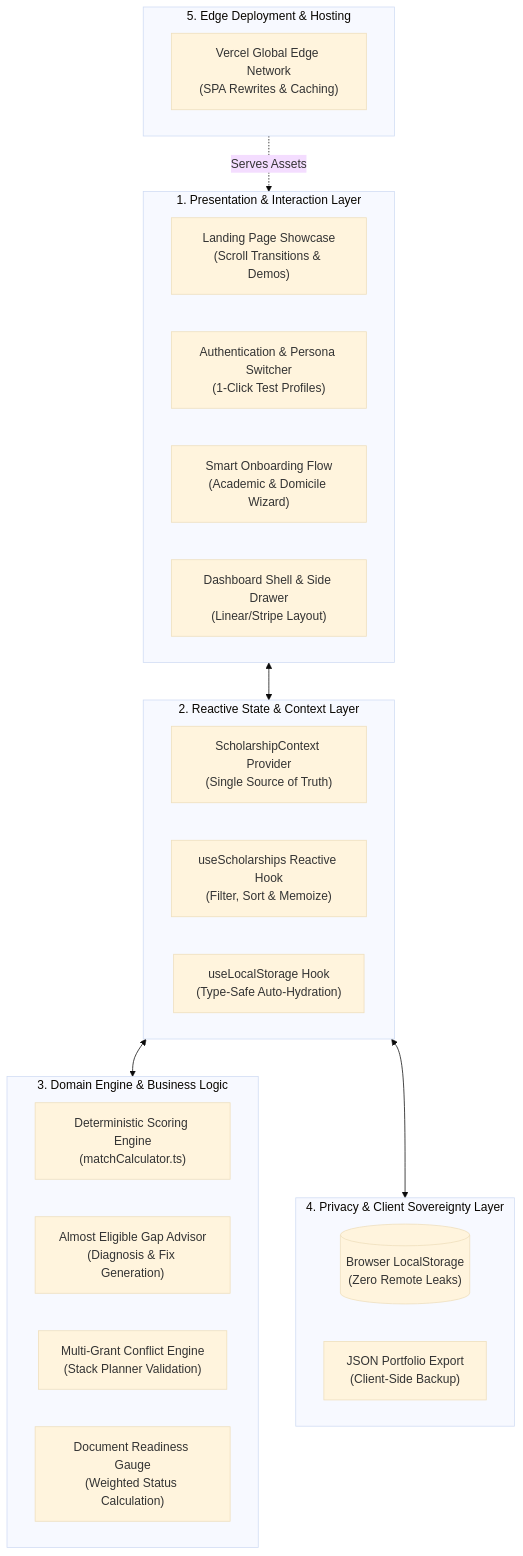
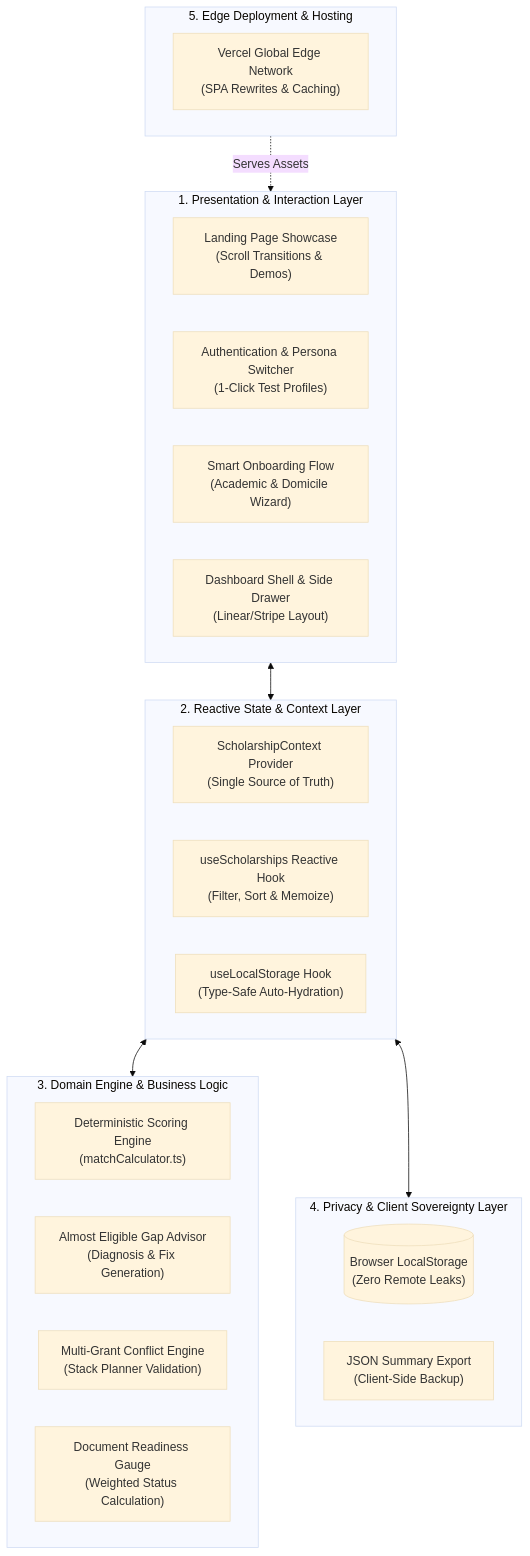
Before and after one commit to AyushB27/Grantly: the first of 6 diagrams in docs/ARCHITECTURE.md, drawn with Mermaid (base theme). The commit also changed other lines of this file and 6 other files, not shown here.

Commit message:
docs: synchronize architecture, accessibility audit, data model, and user flows with production codebase

````diff
--- a/docs/ARCHITECTURE.md
+++ b/docs/ARCHITECTURE.md
@@ -13,36 +13,36 @@
 ```mermaid
 flowchart TD
     subgraph Presentation_Layer["1. Presentation & Interaction Layer"]
         Landing["Landing Page Showcase<br/>(Scroll Transitions & Demos)"]
         Auth["Authentication & Persona Switcher<br/>(1-Click Test Profiles)"]
         Onboarding["Smart Onboarding Flow<br/>(Academic & Domicile Wizard)"]
         Dashboard["Dashboard Shell & Side Drawer<br/>(Linear/Stripe Layout)"]
     end
 
     subgraph State_Layer["2. Reactive State & Context Layer"]
         Context["ScholarshipContext Provider<br/>(Single Source of Truth)"]
         Hook["useScholarships Reactive Hook<br/>(Filter, Sort & Memoize)"]
         StorageHook["useLocalStorage Hook<br/>(Type-Safe Auto-Hydration)"]
     end
 
     subgraph Logic_Layer["3. Domain Engine & Business Logic"]
         MatchEngine["Deterministic Scoring Engine<br/>(matchCalculator.ts)"]
         GapAdvisor["Almost Eligible Gap Advisor<br/>(Diagnosis & Fix Generation)"]
         StackEngine["Multi-Grant Conflict Engine<br/>(Stack Planner Validation)"]
         VaultEngine["Document Readiness Gauge<br/>(Weighted Status Calculation)"]
     end
 
     subgraph Storage_Layer["4. Privacy & Client Sovereignty Layer"]
         LocalStore[("Browser LocalStorage<br/>(Zero Remote Leaks)")]
-        Export["JSON Portfolio Export<br/>(Client-Side Backup)"]
+        Export["JSON Summary Export<br/>(Client-Side Backup)"]
     end
 
     subgraph Edge_Layer["5. Edge Deployment & Hosting"]
         VercelEdge["Vercel Global Edge Network<br/>(SPA Rewrites & Caching)"]
     end
 
     Presentation_Layer <--> State_Layer
     State_Layer <--> Logic_Layer
     State_Layer <--> Storage_Layer
     Edge_Layer -.->|Serves Assets| Presentation_Layer
 ```
````
